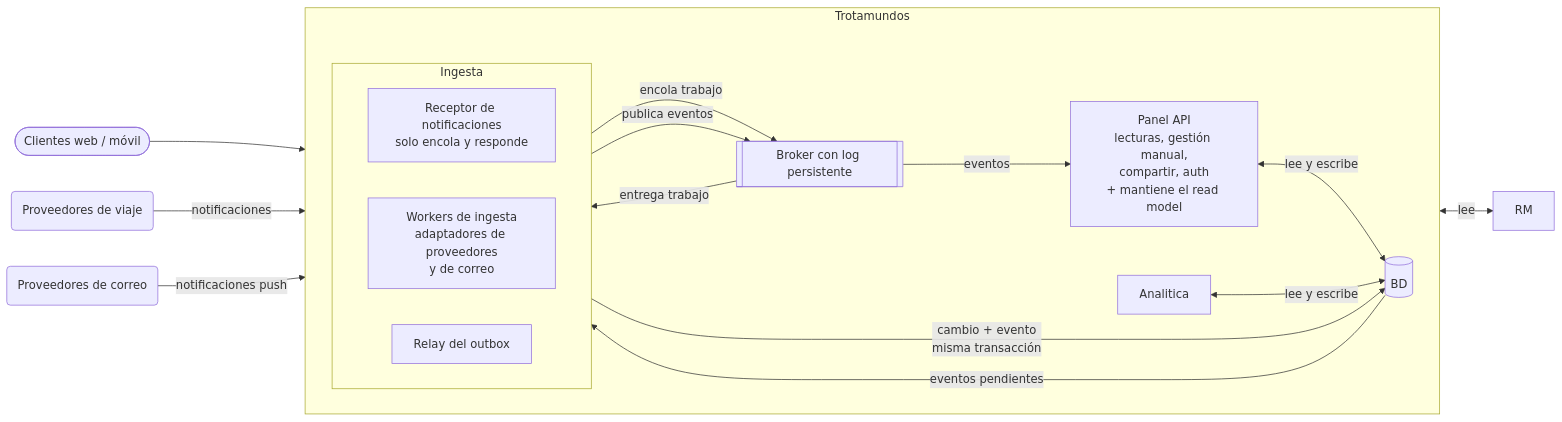
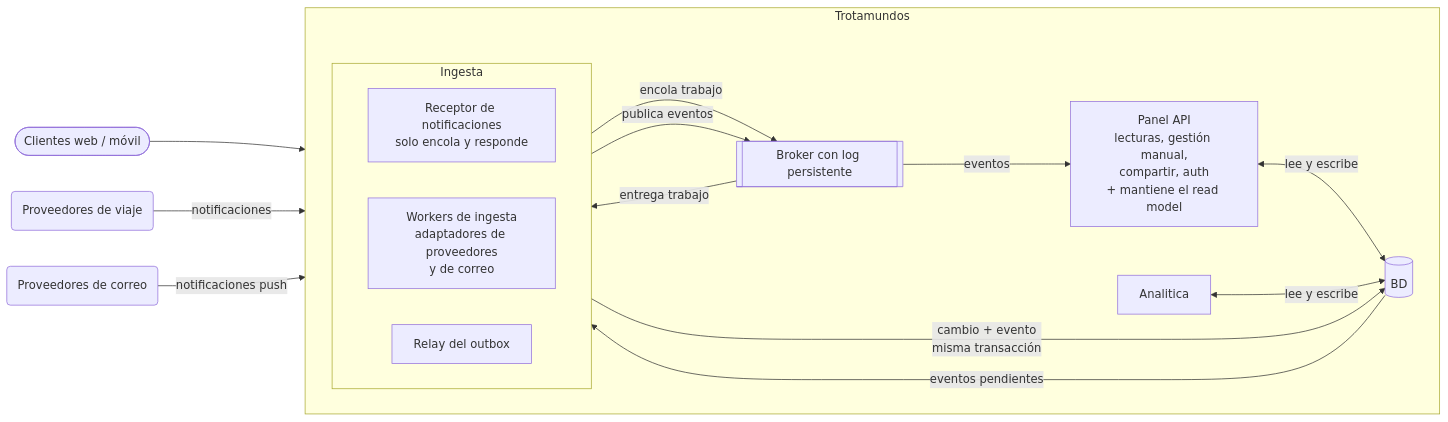
Before and after one commit to matiascanova/TPE_SOFTWARE: the diagram in Vista-Modular inicial-del-sistema.md, drawn with Mermaid.

Commit message:
Update API interaction description in documentation

````diff
--- a/Vista-Modular inicial-del-sistema.md
+++ b/Vista-Modular inicial-del-sistema.md
@@ -12,38 +12,37 @@
 ```mermaid
 flowchart LR
     CL([Clientes web / móvil])
     PV(Proveedores de viaje)
     MC(Proveedores de correo)
 
     subgraph TROT[Trotamundos]
         direction LR
         API["Panel API<br/>lecturas, gestión manual,<br/>compartir, auth<br/>+ mantiene el read model"]
 
         subgraph INGD[Ingesta]
             direction LR
             RX["Receptor de notificaciones<br/>solo encola y responde"]
             WK["Workers de ingesta<br/>adaptadores de proveedores<br/>y de correo"]
             RL["Relay del outbox"]
         end
 
         BR[["Broker con log persistente"]]
         DB[("BD")]
         CA["Analitica"]
     end
 
     CL --> API
-    API <-->|"lee"| RM
     API <-->|"lee y escribe"| DB
 
     PV -- "notificaciones" --> RX
     MC -- "notificaciones push" --> RX
     RX -- "encola trabajo" --> BR
     BR -- "entrega trabajo" --> WK
     WK -- "cambio + evento<br/>misma transacción" --> DB
 
     DB -- "eventos pendientes" --> RL
     RL -- "publica eventos" --> BR
     BR -- "eventos" --> API
 
     CA <-- "lee y escribe" --> DB
 ```
````
